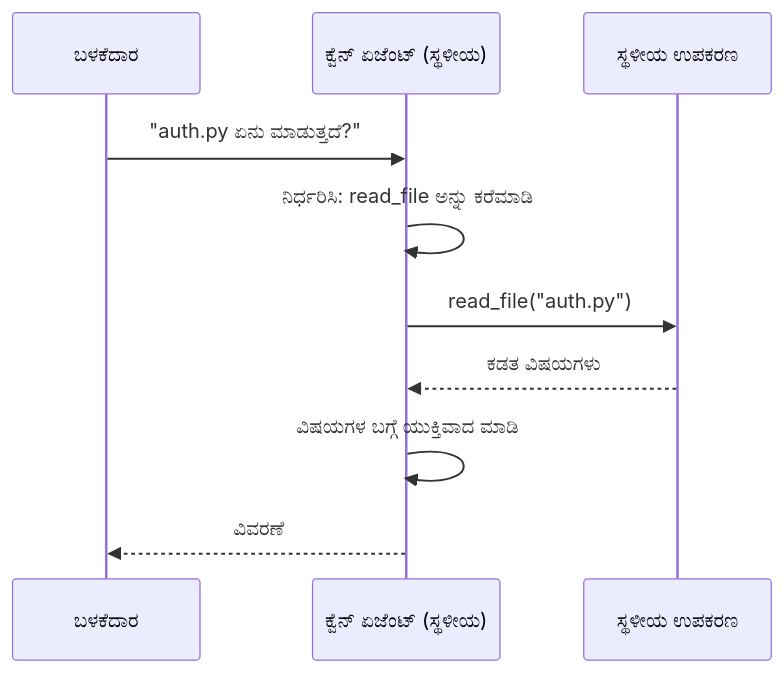
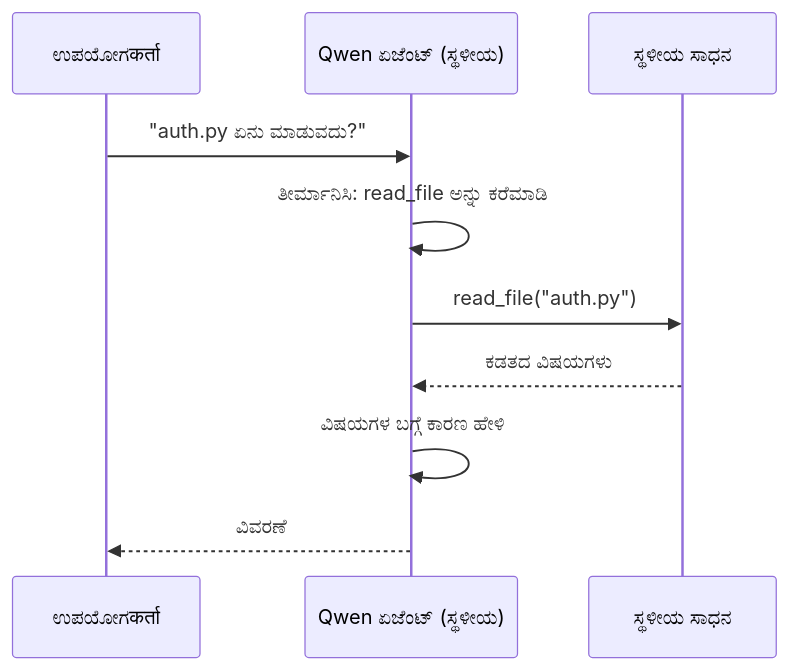
One commit to microsoft/ai-agents-for-beginners changed the second of 4 diagrams in translations/kn/17-creating-local-ai-agents/README.md. Above: the diagram before and after it, drawn with Mermaid. The commit also changed other lines of this file and 43 other files, not shown here.

````diff
--- a/translations/kn/17-creating-local-ai-agents/README.md
+++ b/translations/kn/17-creating-local-ai-agents/README.md
@@ -106,12 +106,12 @@
 ```mermaid
 sequenceDiagram
-    participant U as ಬಳಕೆದಾರ
-    participant A as ಕ್ವೆನ್ ಏಜೆಂಟ್ (ಸ್ಥಳೀಯ)
-    participant T as ಸ್ಥಳೀಯ ಉಪಕರಣ
-    U->>A: "auth.py ಏನು ಮಾಡುತ್ತದೆ?"
-    A->>A: ನಿರ್ಧರಿಸಿ: read_file ಅನ್ನು ಕರೆಮಾಡಿ
+    participant U as ಉಪಯೋಗकर्ता
+    participant A as Qwen ಏಜೆಂಟ್ (ಸ್ಥಳೀಯ)
+    participant T as ಸ್ಥಳೀಯ ಸಾಧನ
+    U->>A: "auth.py ಏನು ಮಾಡುವದು?"
+    A->>A: ತೀರ್ಮಾನಿಸಿ: read_file ಅನ್ನು ಕರೆಮಾಡಿ
     A->>T: read_file("auth.py")
-    T-->>A: ಕಡತ ವಿಷಯಗಳು
-    A->>A: ವಿಷಯಗಳ ಬಗ್ಗೆ ಯುಕ್ತಿವಾದ ಮಾಡಿ
+    T-->>A: ಕಡತದ ವಿಷಯಗಳು
+    A->>A: ವಿಷಯಗಳ ಬಗ್ಗೆ ಕಾರಣ ಹೇಳಿ
     A-->>U: ವಿವರಣೆ
 ```
````
